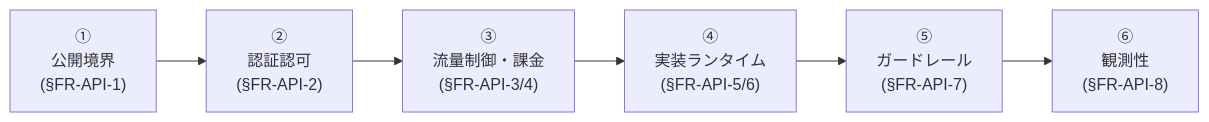
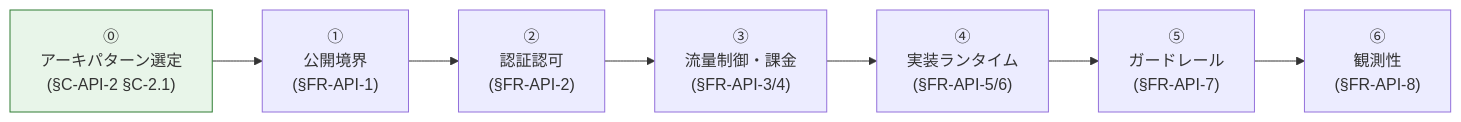
One commit to suepie/aws-atuh-poc changed the diagram in doc/api-platform/proposal/00-index.md. Above: the diagram before and after it, drawn with Mermaid. The commit also changed other lines of this file and 14 other files, not shown here.

````diff
--- a/doc/api-platform/proposal/00-index.md
+++ b/doc/api-platform/proposal/00-index.md
@@ -26,8 +26,11 @@
 ```mermaid
 flowchart LR
-    S1["①<br/>公開境界<br/>(§FR-API-1)"] --> S2["②<br/>認証認可<br/>(§FR-API-2)"]
+    S0["⓪<br/>アーキパターン選定<br/>(§C-API-2 §C-2.1)"] --> S1["①<br/>公開境界<br/>(§FR-API-1)"]
+    S1 --> S2["②<br/>認証認可<br/>(§FR-API-2)"]
     S2 --> S3["③<br/>流量制御・課金<br/>(§FR-API-3/4)"]
     S3 --> S4["④<br/>実装ランタイム<br/>(§FR-API-5/6)"]
     S4 --> S5["⑤<br/>ガードレール<br/>(§FR-API-7)"]
     S5 --> S6["⑥<br/>観測性<br/>(§FR-API-8)"]
+
+    style S0 fill:#e8f5e9,stroke:#2e7d32
 ```
````
